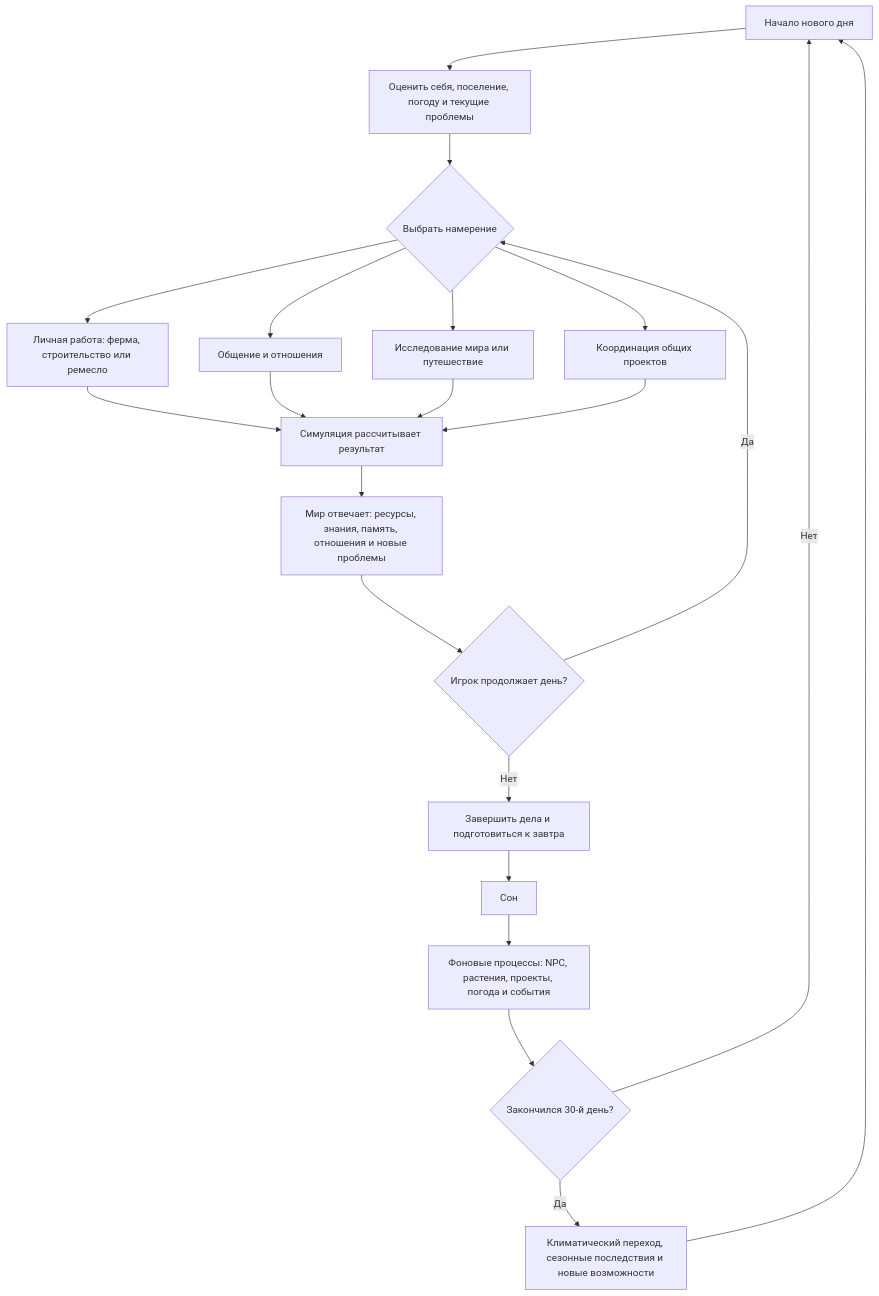
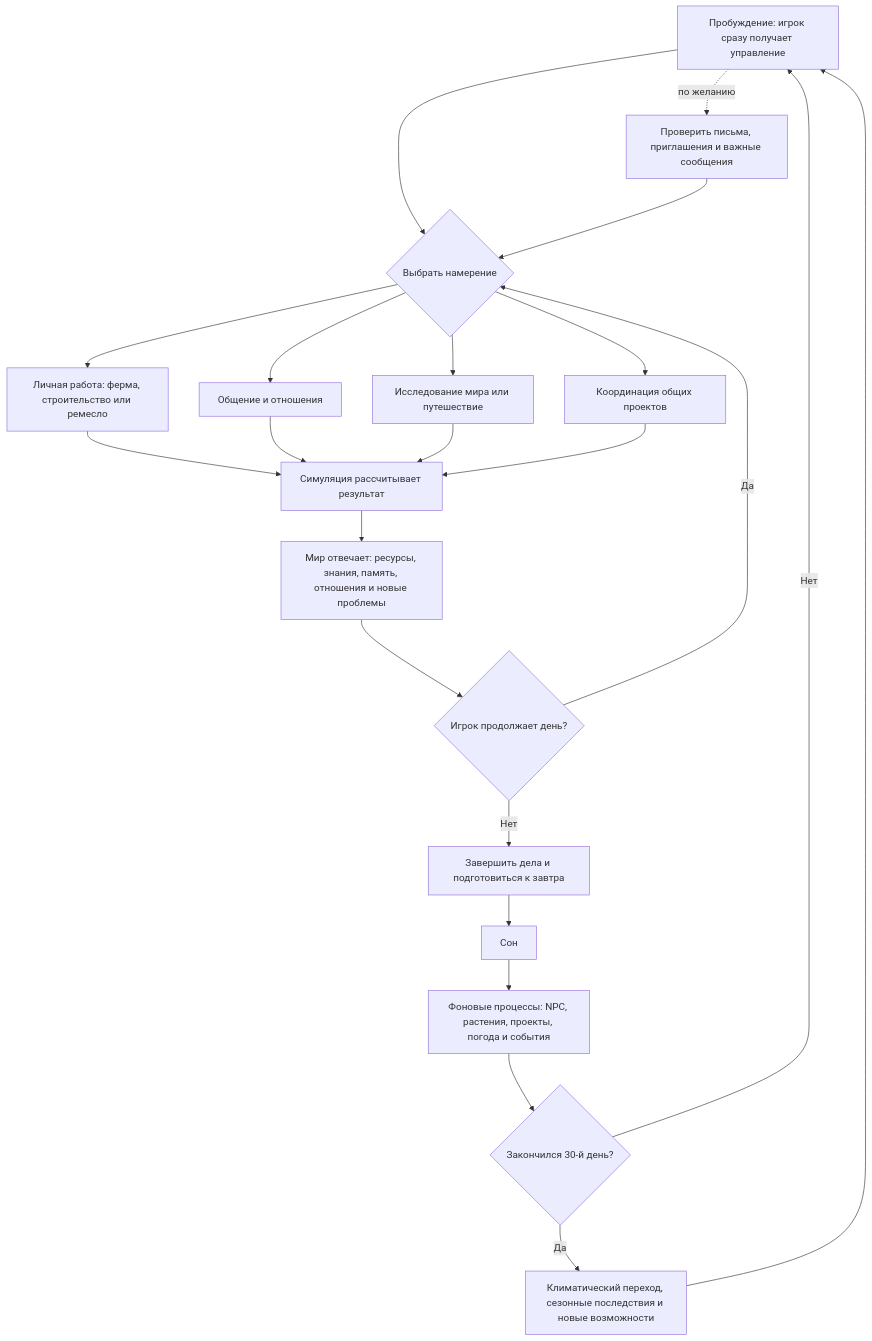
One commit to send-y/The_Last_Garden changed the diagram in docs/core-game-loop.md. Above: the diagram before and after it, drawn with Mermaid. The commit also changed other lines of this file and 7 other files, not shown here.

````diff
--- a/docs/core-game-loop.md
+++ b/docs/core-game-loop.md
@@ -7,28 +7,29 @@
 ```mermaid
 flowchart TD
-    A["Начало нового дня"] --> B["Оценить себя, поселение, погоду и текущие проблемы"]
-    B --> C{"Выбрать намерение"}
+    A["Пробуждение: игрок сразу получает управление"] --> C{"Выбрать намерение"}
+    A -. "по желанию" .-> B["Проверить письма, приглашения и важные сообщения"]
+    B --> C
 
     C --> D["Личная работа: ферма, строительство или ремесло"]
     C --> E["Общение и отношения"]
     C --> F["Исследование мира или путешествие"]
     C --> G["Координация общих проектов"]
 
     D --> H["Симуляция рассчитывает результат"]
     E --> H
     F --> H
     G --> H
 
     H --> I["Мир отвечает: ресурсы, знания, память, отношения и новые проблемы"]
     I --> J{"Игрок продолжает день?"}
 
     J -- "Да" --> C
     J -- "Нет" --> K["Завершить дела и подготовиться к завтра"]
     K --> L["Сон"]
     L --> M["Фоновые процессы: NPC, растения, проекты, погода и события"]
     M --> N{"Закончился 30-й день?"}
 
     N -- "Нет" --> A
     N -- "Да" --> O["Климатический переход, сезонные последствия и новые возможности"]
     O --> A
 ```
````
